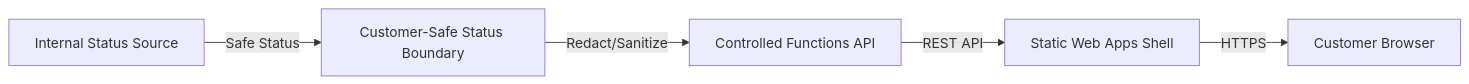
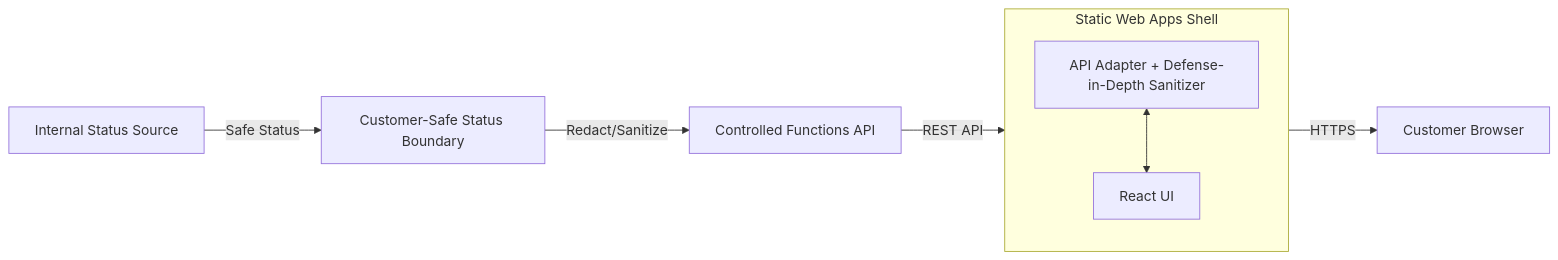
The diagram in building-blocks/portals/static-status-portal/README_CONTRACT.md (wildersa/azure_ref_kit), drawn with Mermaid before and after one commit. The commit also changed other lines of this file and 3 other files, not shown here.

First line of the commit message:
Address PR feedback: Clarify security boundary and add defense-in-depth tests

````diff
--- a/building-blocks/portals/static-status-portal/README_CONTRACT.md
+++ b/building-blocks/portals/static-status-portal/README_CONTRACT.md
@@ -13,7 +13,13 @@
 ```mermaid
 flowchart LR
     Source[Internal Status Source] -->|Safe Status| Boundary[Customer-Safe Status Boundary]
     Boundary -->|Redact/Sanitize| Func[Controlled Functions API]
     Func -->|REST API| SWA[Static Web Apps Shell]
     SWA -->|HTTPS| Customer[Customer Browser]
+
+    subgraph SWA [Static Web Apps Shell]
+        Adapter[API Adapter + Defense-in-Depth Sanitizer]
+        UI[React UI]
+        Adapter <--> UI
+    end
 ```
````
